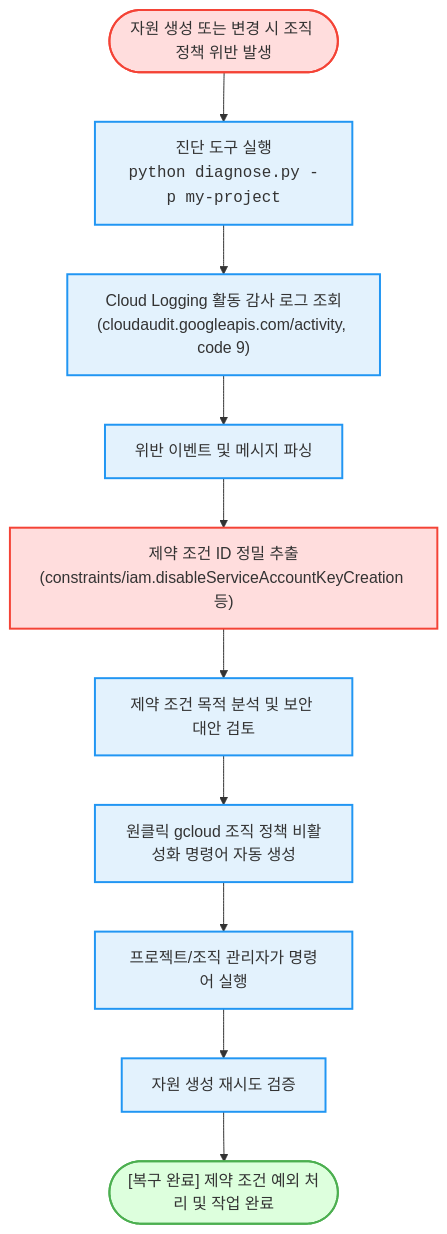
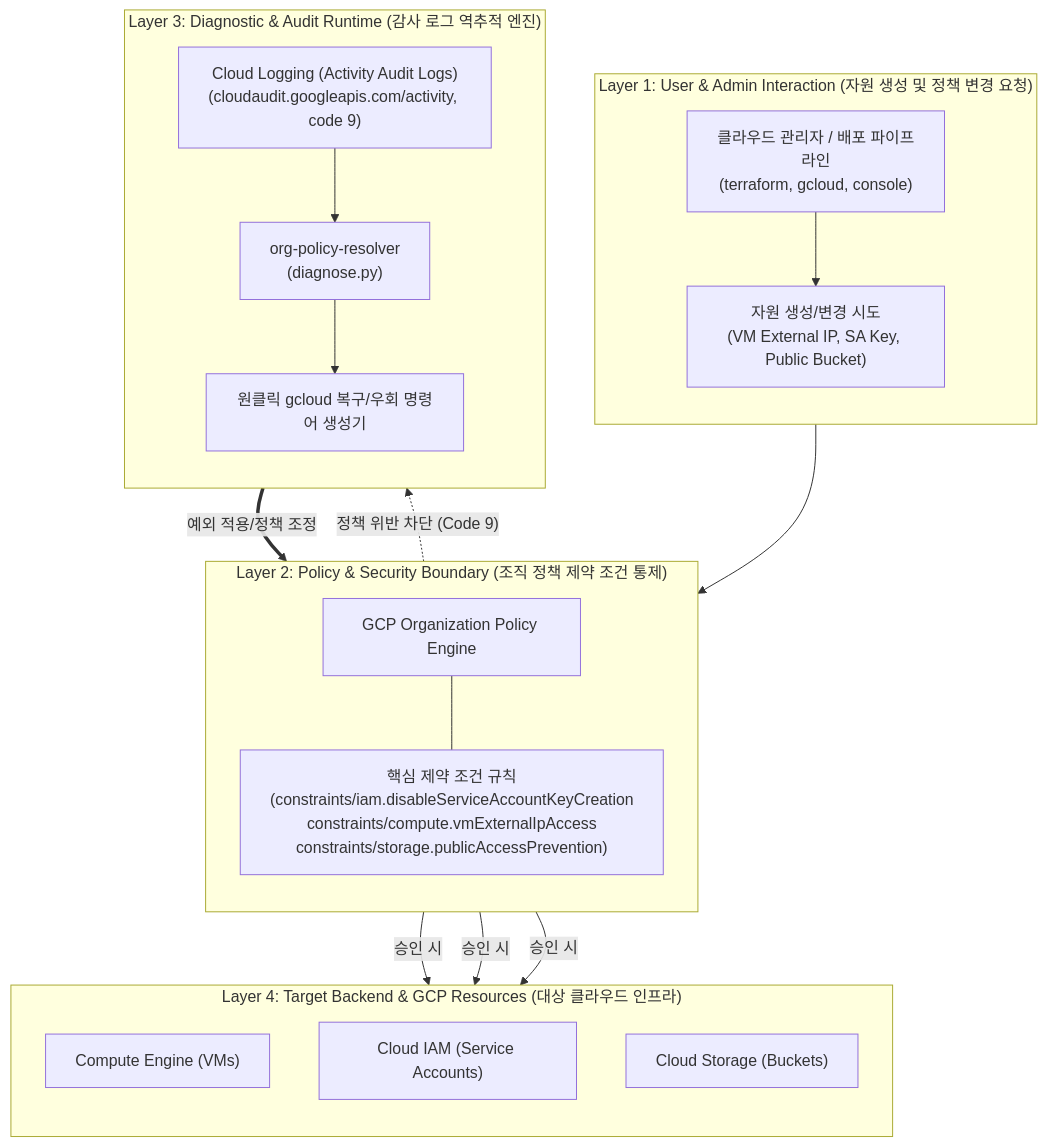
Before and after one commit to jiangjun-forge/google-cloud-0-to-1: the diagram in samples/org-policy-resolver/README.md, drawn with Mermaid. The commit also changed other lines of this file and 94 other files, not shown here.

Commit message:
Standardize architecture specifications

````diff
--- a/samples/org-policy-resolver/README.md
+++ b/samples/org-policy-resolver/README.md
@@ -74,23 +74,39 @@
 ```mermaid
 flowchart TD
-    Start(["자원 생성 또는 변경 시 조직 정책 위반 발생"]) --> RunTool["진단 도구 실행<br/><code>python diagnose.py -p my-project</code>"]
-    
-    RunTool --> QueryAudit["Cloud Logging 활동 감사 로그 조회<br/>(cloudaudit.googleapis.com/activity, code 9)"]
-    QueryAudit --> ParseEvents["위반 이벤트 및 메시지 파싱"]
-    
-    ParseEvents --> ExtractConstraint["제약 조건 ID 정밀 추출<br/>(constraints/iam.disableServiceAccountKeyCreation 등)"]
-    ExtractConstraint --> AnalyzeImpact["제약 조건 목적 분석 및 보안 대안 검토"]
-    
-    AnalyzeImpact --> GenerateCmd["원클릭 gcloud 조직 정책 비활성화 명령어 자동 생성"]
-    GenerateCmd --> ApplyCmd["프로젝트/조직 관리자가 명령어 실행"]
-    
-    ApplyCmd --> Retest["자원 생성 재시도 검증"]
-    Retest --> Done(["[복구 완료] 제약 조건 예외 처리 및 작업 완료"])
+    subgraph Layer1["Layer 1: User & Admin Interaction (자원 생성 및 정책 변경 요청)"]
+        direction TB
+        AdminUser["클라우드 관리자 / 배포 파이프라인<br/>(terraform, gcloud, console)"]
+        ResourceRequest["자원 생성/변경 시도<br/>(VM External IP, SA Key, Public Bucket)"]
+        AdminUser --> ResourceRequest
+    end
 
-    classDef alert fill:#ffdddd,stroke:#f44336,stroke-width:2px;
-    classDef success fill:#ddffdd,stroke:#4caf50,stroke-width:2px;
-    classDef action fill:#e3f2fd,stroke:#2196f3,stroke-width:2px;
-    class Start,ExtractConstraint alert;
-    class Done success;
-    class RunTool,QueryAudit,ParseEvents,AnalyzeImpact,GenerateCmd,ApplyCmd,Retest action;
+    subgraph Layer2["Layer 2: Policy & Security Boundary (조직 정책 제약 조건 통제)"]
+        direction TB
+        OrgPolicyEngine["GCP Organization Policy Engine"]
+        ConstraintsList["핵심 제약 조건 규칙<br/>(constraints/iam.disableServiceAccountKeyCreation<br/>constraints/compute.vmExternalIpAccess<br/>constraints/storage.publicAccessPrevention)"]
+        OrgPolicyEngine --- ConstraintsList
+    end
+
+    subgraph Layer3["Layer 3: Diagnostic & Audit Runtime (감사 로그 역추적 엔진)"]
+        direction TB
+        CloudAuditLogs["Cloud Logging (Activity Audit Logs)<br/>(cloudaudit.googleapis.com/activity, code 9)"]
+        ResolverEngine["org-policy-resolver<br/>(diagnose.py)"]
+        RemediationGen["원클릭 gcloud 복구/우회 명령어 생성기"]
+        CloudAuditLogs --> ResolverEngine
+        ResolverEngine --> RemediationGen
+    end
+
+    subgraph Layer4["Layer 4: Target Backend & GCP Resources (대상 클라우드 인프라)"]
+        direction TB
+        ComputeEngine["Compute Engine (VMs)"]
+        IAMEngine["Cloud IAM (Service Accounts)"]
+        StorageEngine["Cloud Storage (Buckets)"]
+    end
+
+    ResourceRequest --> OrgPolicyEngine
+    OrgPolicyEngine -.->|"정책 위반 차단 (Code 9)"| CloudAuditLogs
+    OrgPolicyEngine -->|승인 시| ComputeEngine
+    OrgPolicyEngine -->|승인 시| IAMEngine
+    OrgPolicyEngine -->|승인 시| StorageEngine
+    RemediationGen ==>|"예외 적용/정책 조정"| OrgPolicyEngine
 ```
````
